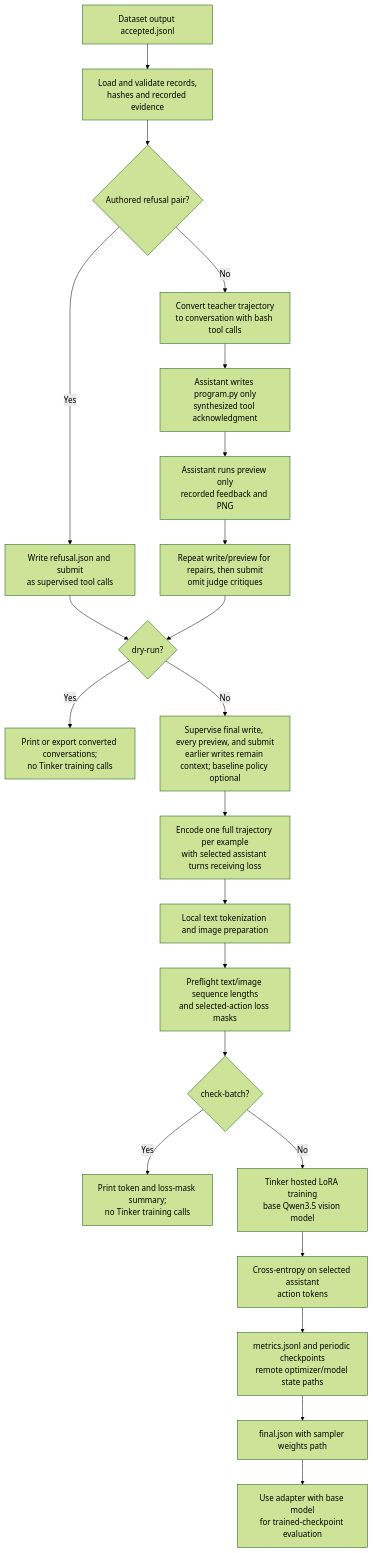
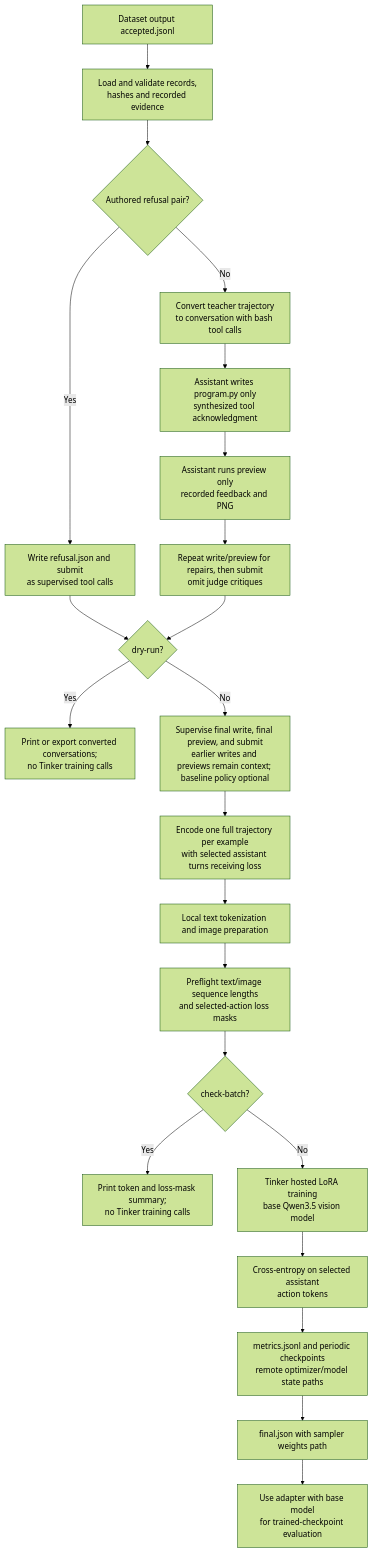
One commit to RashikShahjahan/artsy-fartsy changed the fourth of 5 diagrams in docs/pipeline-diagrams.md. Above: the diagram before and after it, drawn with Mermaid (forest theme). The commit also changed 10 other files, not shown here.

````diff
--- a/docs/pipeline-diagrams.md
+++ b/docs/pipeline-diagrams.md
@@ -115,24 +115,24 @@
 ```mermaid
 flowchart TD
     A[Dataset output accepted.jsonl] --> B[Load and validate records,<br/>hashes and recorded evidence]
     B --> P{Authored refusal pair?}
     P -- Yes --> X[Write refusal.json and submit<br/>as supervised tool calls]
     X --> Q
     P -- No --> C[Convert teacher trajectory<br/>to conversation with bash tool calls]
     C --> W[Assistant writes program.py only<br/>synthesized tool acknowledgment]
     W --> V[Assistant runs preview only<br/>recorded feedback and PNG]
     V --> D[Repeat write/preview for repairs, then submit<br/>omit judge critiques]
     D --> Q{dry-run?}
     Q -- Yes --> J[Print or export converted conversations;<br/>no Tinker training calls]
-    Q -- No --> E[Supervise final write, every preview, and submit<br/>earlier writes remain context; baseline policy optional]
+    Q -- No --> E[Supervise final write, final preview, and submit<br/>earlier writes and previews remain context; baseline policy optional]
     E --> F[Encode one full trajectory per example<br/>with selected assistant turns receiving loss]
     F --> G[Local text tokenization and image preparation]
     G --> H[Preflight text/image sequence lengths<br/>and selected-action loss masks]
     H --> I{check-batch?}
     I -- Yes --> R[Print token and loss-mask summary;<br/>no Tinker training calls]
     I -- No --> K[Tinker hosted LoRA training<br/>base Qwen3.5 vision model]
     K --> L[Cross-entropy on selected assistant<br/>action tokens]
     L --> M[metrics.jsonl and periodic checkpoints<br/>remote optimizer/model state paths]
     M --> N[final.json with sampler weights path]
     N --> O[Use adapter with base model<br/>for trained-checkpoint evaluation]
 ```
````
